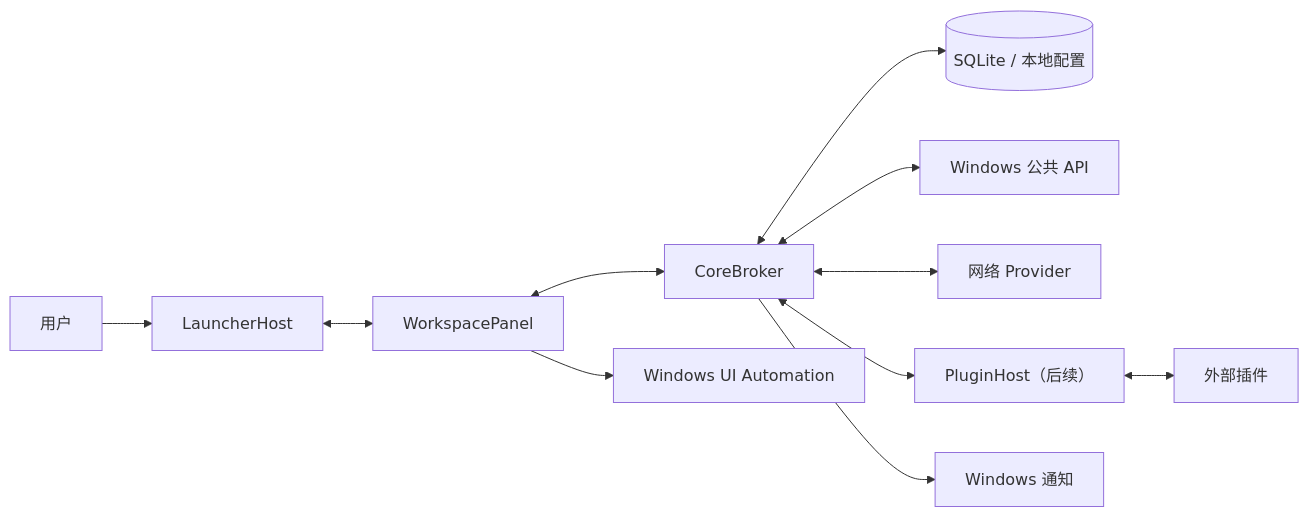
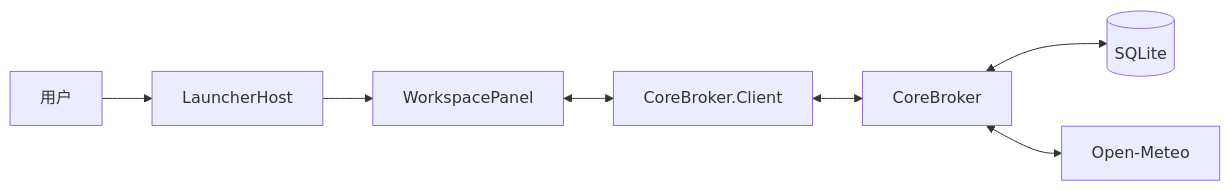
Before and after one commit to CookPiu/WinWidgetBoard: the diagram in docs/03-technical-architecture.md, drawn with Mermaid. The commit also changed other lines of this file and 65 other files, not shown here.

````diff
--- a/docs/03-technical-architecture.md
+++ b/docs/03-technical-architecture.md
@@ -40,13 +20,9 @@
 ```mermaid
 flowchart LR
     U["用户"] --> L["LauncherHost"]
-    L <--> P["WorkspacePanel"]
-    P <--> B["CoreBroker"]
-    B <--> DB[("SQLite / 本地配置")]
-    B <--> W["Windows 公共 API"]
-    B <--> N["网络 Provider"]
-    B <--> PH["PluginHost（后续）"]
-    PH <--> X["外部插件"]
-    P --> UIA["Windows UI Automation"]
-    B --> TOAST["Windows 通知"]
+    L --> P["WorkspacePanel"]
+    P <--> C["CoreBroker.Client"]
+    C <--> B["CoreBroker"]
+    B <--> D[("SQLite")]
+    B <--> W["Open-Meteo"]
 ```
````
